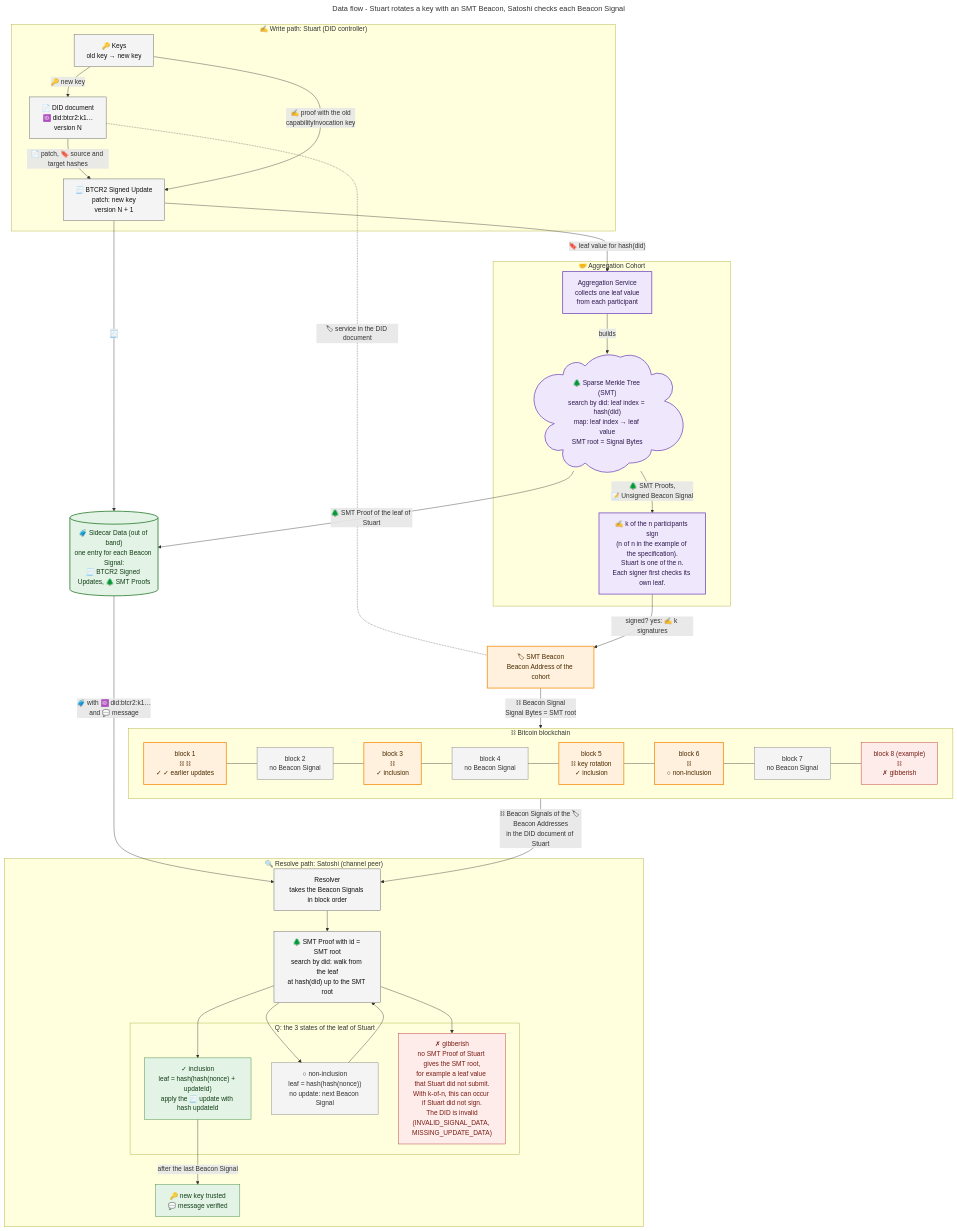
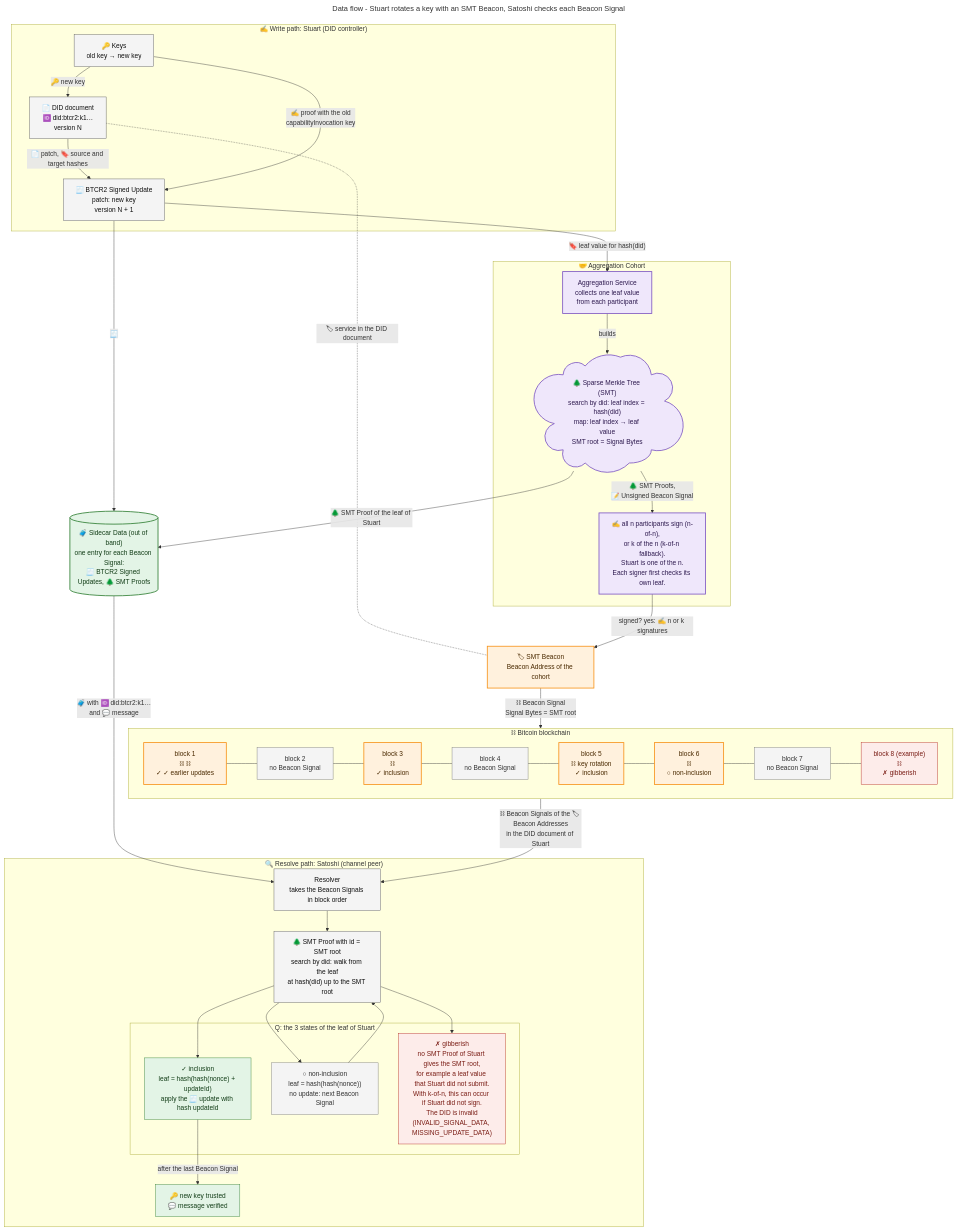
The diagram in public/diagrams/stuart-meets-satoshi/data-flow.mmd (dcdpr/website-btcr2-dev), drawn with Mermaid before and after one commit. The commit also changed 9 other files, not shown here.

First line of the commit message:
docs(diagrams): show a k-of-n fallback next to n-of-n signatures

```diff
--- a/public/diagrams/stuart-meets-satoshi/data-flow.mmd
+++ b/public/diagrams/stuart-meets-satoshi/data-flow.mmd
@@ -1,98 +1,98 @@
 ---
 title: Data flow - Stuart rotates a key with an SMT Beacon, Satoshi checks each Beacon Signal
 ---
 
 %% Technical version of the hand sketch "btcr2 data flow visualization".
 %% Sketch element → diagram element:
 %%   smiley at the left → Stuart; smiley with a top hat at the right → Satoshi
 %%   stars and papers → keys, DID document, BTCR2 Signed Update
-%%   "Agg" with three small faces and "k/n" → Aggregation Service and Aggregation Cohort: k-of-n signatures
-%%     (the specification gives n-of-n as the RECOMMENDED example)
+%%   "Agg" with three small faces and "k/n" → Aggregation Service and Aggregation Cohort:
+%%     n-of-n signatures (the RECOMMENDED example of the specification), or a k-of-n fallback
 %%   tower → SMT Beacon: the Beacon Address of the cohort, a service in the DID document of Stuart
 %%   cloud with a tree → Sparse Merkle Tree (SMT) of the Aggregation Service
 %%   "search by did", "Map" → the leaf index of a DID is hash(did); the SMT maps each index to a leaf value
-%%   "signed? yes" → k of n participants sign the Beacon Signal; its Signal Bytes are the SMT root
+%%   "signed? yes" → n (or k) participants sign the Beacon Signal; its Signal Bytes are the SMT root
 %%   "Sidecar" stack, one row for each dot → Sidecar Data: one entry for each Beacon Signal
 %%   "K1" → did:btcr2:k1 identifier
 %%   bar with cells and dots → Bitcoin blocks with Beacon Signals
 %%   "Q", "inclusion, non-inclusion, gibberish", tall box with 3 parts → the 3 states of the leaf of Stuart
 %%   faces under the bar → the leaf state for each Beacon Signal
 %%   crossed-out figure → not used
 %% Icons are the same as in data-movement.mmd.
 
 flowchart TB
     classDef actor fill:#f4f4f4,stroke:#555555,color:#111111
     classDef chain fill:#fff1dd,stroke:#f7931a,stroke-width:2px,color:#4a2a00
     classDef agg fill:#efe7fb,stroke:#7e57c2,stroke-width:2px,color:#2e1a4f
     classDef sidecar fill:#e3f4e6,stroke:#2e7d32,stroke-width:2px,color:#123d17
     classDef ok fill:#e3f4e6,stroke:#2e7d32,color:#123d17
     classDef none fill:#f4f4f4,stroke:#777777,color:#333333
     classDef bad fill:#fdecea,stroke:#b3261e,color:#7a1d15
 
     subgraph Stuart["✍ Write path: Stuart (DID controller)"]
       Keys["🔑 Keys<br/>old key → new key"]:::actor
       Doc["📄 DID document<br/>🆔 did:btcr2:k1…<br/>version N"]:::actor
       Update["🧾 BTCR2 Signed Update<br/>patch: new key<br/>version N + 1"]:::actor
     end
 
     subgraph Cohort["🤝 Aggregation Cohort"]
       Agg["Aggregation Service<br/>collects one leaf value<br/>from each participant"]:::agg
       SMT@{ shape: cloud, label: "🌲 Sparse Merkle Tree (SMT)<br/>search by did: leaf index = hash(did)<br/>map: leaf index → leaf value<br/>SMT root = Signal Bytes" }
-      Signers["✍ k of the n participants sign<br/>(n of n in the example of the specification).<br/>Stuart is one of the n.<br/>Each signer first checks its own leaf."]:::agg
+      Signers["✍ all n participants sign (n-of-n),<br/>or k of the n (k-of-n fallback).<br/>Stuart is one of the n.<br/>Each signer first checks its own leaf."]:::agg
     end
     class SMT agg
 
     Beacon["🏷 SMT Beacon<br/>Beacon Address of the cohort"]:::chain
 
     Sidecar[("🧳 Sidecar Data (out of band)<br/>one entry for each Beacon Signal:<br/>🧾 BTCR2 Signed Updates, 🌲 SMT Proofs")]:::sidecar
 
     subgraph Satoshi["🔍 Resolve path: Satoshi (channel peer)"]
       Resolver["Resolver<br/>takes the Beacon Signals in block order"]:::actor
       Check["🌲 SMT Proof with id = SMT root<br/>search by did: walk from the leaf<br/>at hash(did) up to the SMT root"]:::actor
       subgraph Q["Q: the 3 states of the leaf of Stuart"]
         Inclusion["✓ inclusion<br/>leaf = hash(hash(nonce) + updateId)<br/>apply the 🧾 update with hash updateId"]:::ok
         NonInclusion["○ non-inclusion<br/>leaf = hash(hash(nonce))<br/>no update: next Beacon Signal"]:::none
         Gibberish["✗ gibberish<br/>no SMT Proof of Stuart gives the SMT root,<br/>for example a leaf value that Stuart did not submit.<br/>With k-of-n, this can occur if Stuart did not sign.<br/>The DID is invalid<br/>(INVALID_SIGNAL_DATA, MISSING_UPDATE_DATA)"]:::bad
       end
       Trusted["🔑 new key trusted<br/>💬 message verified"]:::ok
     end
 
     subgraph Chain["⛓ Bitcoin blockchain"]
       direction LR
       B1["block 1<br/>⛓ ⛓<br/>✓ ✓ earlier updates"]:::chain
       B2["block 2<br/>no Beacon Signal"]:::none
       B3["block 3<br/>⛓<br/>✓ inclusion"]:::chain
       B4["block 4<br/>no Beacon Signal"]:::none
       B5["block 5<br/>⛓ key rotation<br/>✓ inclusion"]:::chain
       B6["block 6<br/>⛓<br/>○ non-inclusion"]:::chain
       B7["block 7<br/>no Beacon Signal"]:::none
       B8["block 8 (example)<br/>⛓<br/>✗ gibberish"]:::bad
       B1 --- B2 --- B3 --- B4 --- B5 --- B6 --- B7 --- B8
     end
 
     %% Stuart makes the update
     Keys -->|"🔑 new key"| Doc
     Doc -->|"📄 patch, 🔖 source and target hashes"| Update
     Keys -->|"✍ proof with the old<br/>capabilityInvocation key"| Update
     Doc -.-|"🏷 service in the DID document"| Beacon
 
     %% The cohort aggregates and signs
     Update -->|"🔖 leaf value for hash(did)"| Agg
     Agg -->|"builds"| SMT
     SMT -->|"🌲 SMT Proofs,<br/>📝 Unsigned Beacon Signal"| Signers
-    Signers -->|"signed? yes: ✍ k signatures"| Beacon
+    Signers -->|"signed? yes: ✍ n or k signatures"| Beacon
     Beacon -->|"⛓ Beacon Signal<br/>Signal Bytes = SMT root"| Chain
 
     %% Stuart gives the data to Satoshi
     Update -->|"🧾"| Sidecar
     SMT -->|"🌲 SMT Proof of the leaf of Stuart"| Sidecar
     Sidecar -->|"🧳 with 🆔 did:btcr2:k1…<br/>and 💬 message"| Resolver
 
     %% Satoshi checks each Beacon Signal
     Chain -->|"⛓ Beacon Signals of the 🏷 Beacon Addresses<br/>in the DID document of Stuart"| Resolver
     Resolver --> Check
     Check --> Inclusion
     Check --> NonInclusion
     Check --> Gibberish
     Inclusion -->|"after the last Beacon Signal"| Trusted
     NonInclusion --> Check
```
